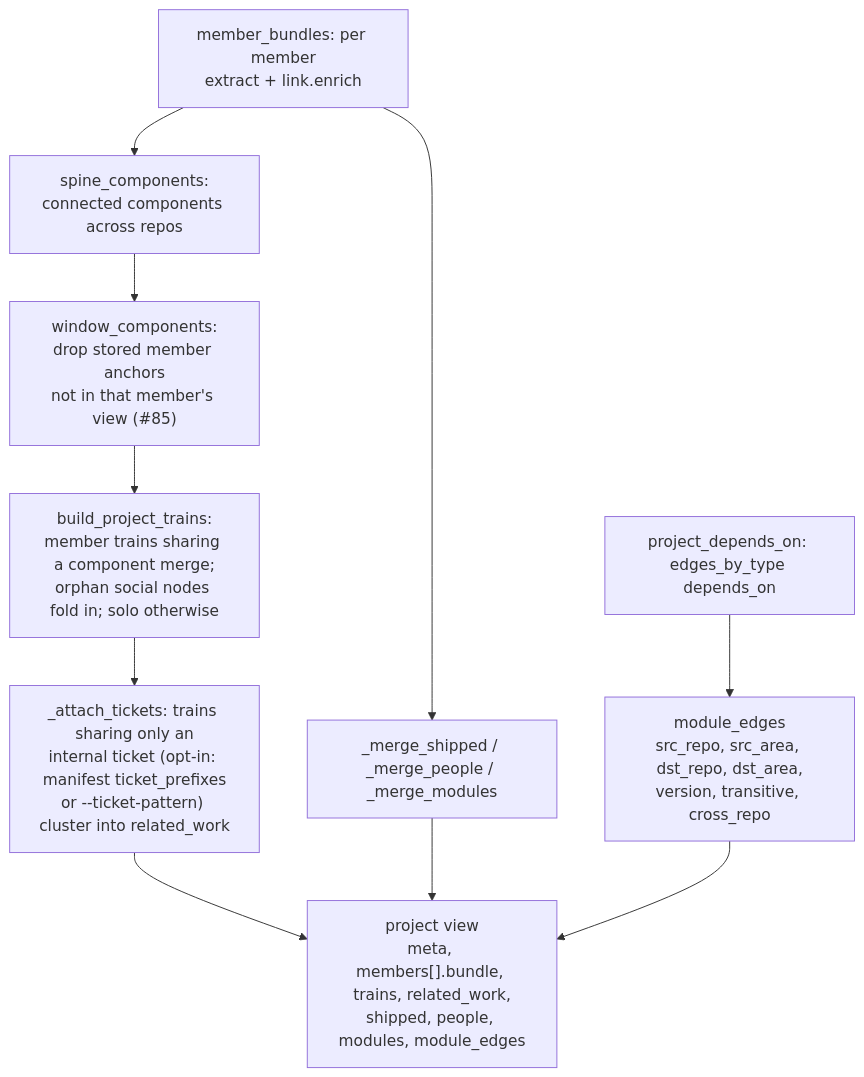
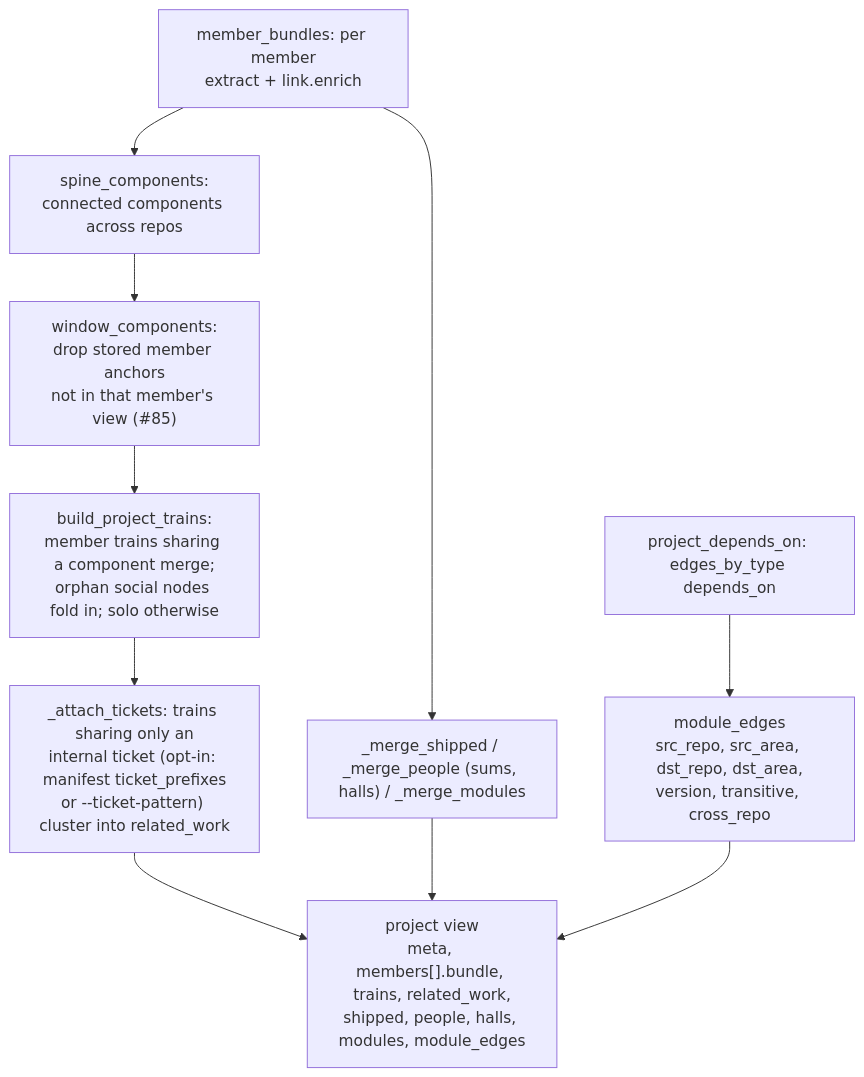
Diagram 12 of 12 in .claude/skills/activity-overview/docs/LLD.md (DamianFlynn/experiments), drawn with Mermaid before and after one commit. The commit also changed other lines of this file and 15 other files, not shown here.

First line of the commit message:
activity-overview: scope people to their member and sum project totals

````diff
--- a/.claude/skills/activity-overview/docs/LLD.md
+++ b/.claude/skills/activity-overview/docs/LLD.md
@@ -1082,12 +1097,12 @@
 ```mermaid
 flowchart TB
   mb["member_bundles: per member<br/>extract + link.enrich"] --> sc["spine_components:<br/>connected components across repos"]
   sc --> wc["window_components:<br/>drop stored member anchors<br/>not in that member's view (#85)"]
   wc --> bt["build_project_trains:<br/>member trains sharing a component merge;<br/>orphan social nodes fold in; solo otherwise"]
   bt --> tk["_attach_tickets: trains sharing only an<br/>internal ticket (opt-in: manifest ticket_prefixes<br/>or --ticket-pattern) cluster into related_work"]
-  mb --> mg["_merge_shipped / _merge_people / _merge_modules"]
+  mb --> mg["_merge_shipped / _merge_people (sums, halls) / _merge_modules"]
   pd["project_depends_on: edges_by_type depends_on"] --> me["module_edges<br/>src_repo, src_area, dst_repo, dst_area,<br/>version, transitive, cross_repo"]
   tk --> view
   mg --> view
-  me --> view["project view<br/>meta, members[].bundle, trains, related_work,<br/>shipped, people, modules, module_edges"]
+  me --> view["project view<br/>meta, members[].bundle, trains, related_work,<br/>shipped, people, halls, modules, module_edges"]
 ```
````
